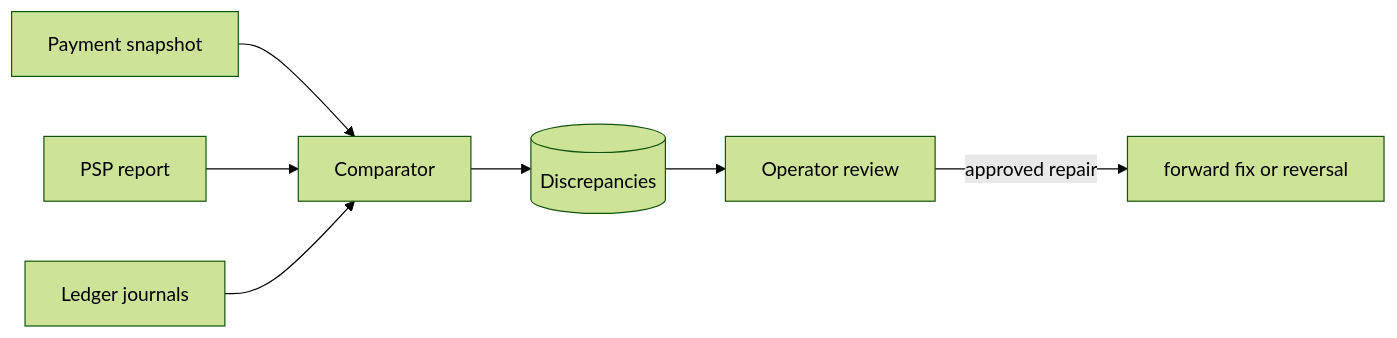
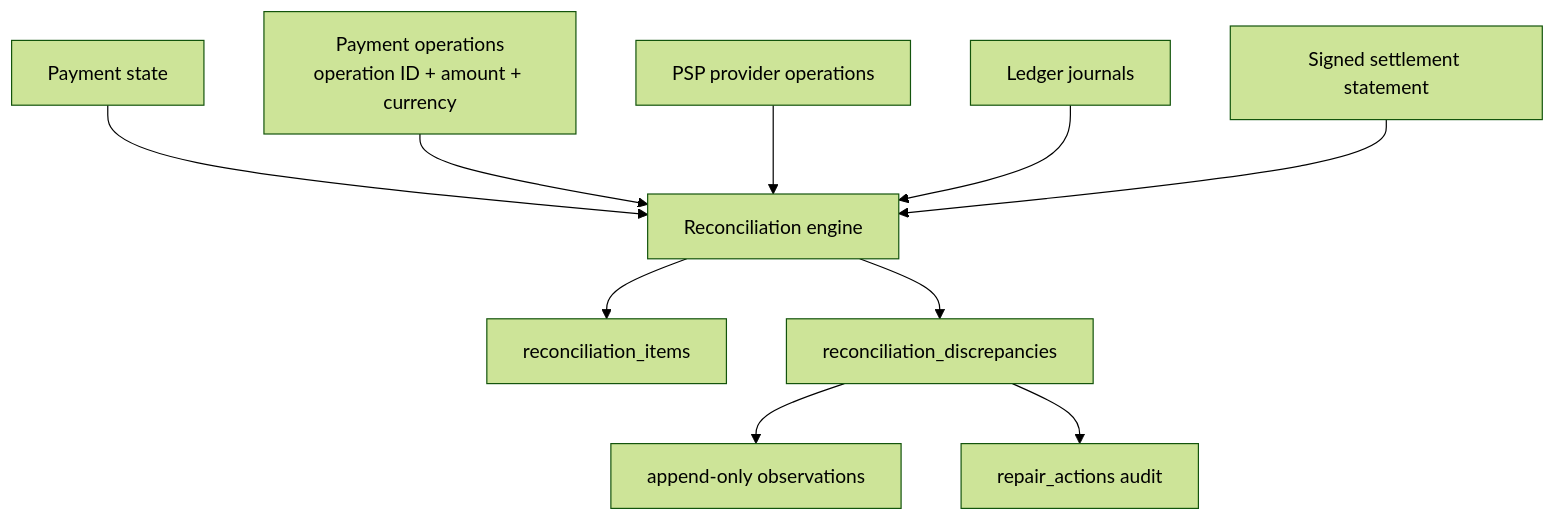
The first of 4 diagrams in docs/reconciliation.md (daniel-tsx/fintech-microservices), drawn with Mermaid (forest theme) before and after one commit. The commit also changed other lines of this file and 35 other files, not shown here.

Commit message:
feat: add durable settlement reconciliation

````diff
--- a/docs/reconciliation.md
+++ b/docs/reconciliation.md
@@ -7,9 +9,12 @@
 ```mermaid
-flowchart LR
-  P[Payment snapshot] --> C[Comparator]
-  X[PSP report] --> C
-  L[Ledger journals] --> C
-  C --> D[(Discrepancies)]
-  D --> O[Operator review]
-  O -->|approved repair| R[forward fix or reversal]
+flowchart TB
+  P[Payment state] --> E[Reconciliation engine]
+  O[Payment operations\noperation ID + amount + currency] --> E
+  X[PSP provider operations] --> E
+  L[Ledger journals] --> E
+  S[Signed settlement statement] --> E
+  E --> I[reconciliation_items]
+  E --> D[reconciliation_discrepancies]
+  D --> H[append-only observations]
+  D --> R[repair_actions audit]
 ```
````
